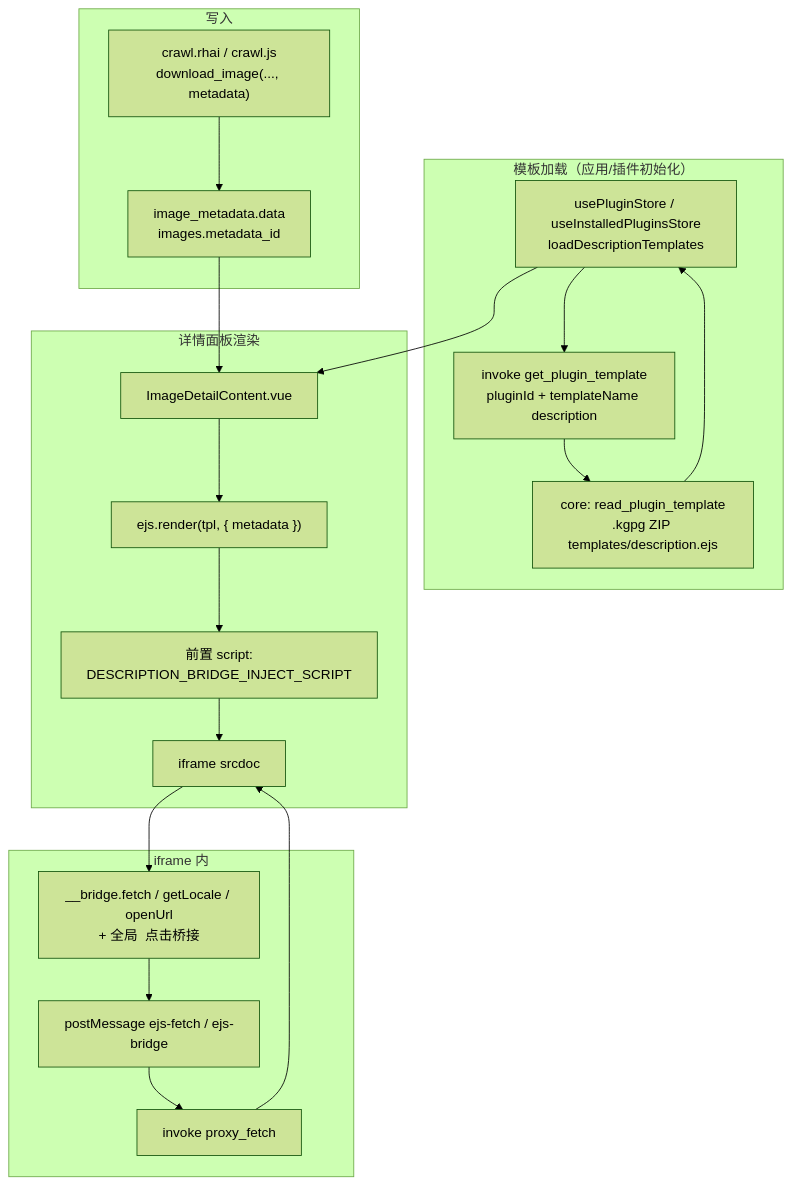
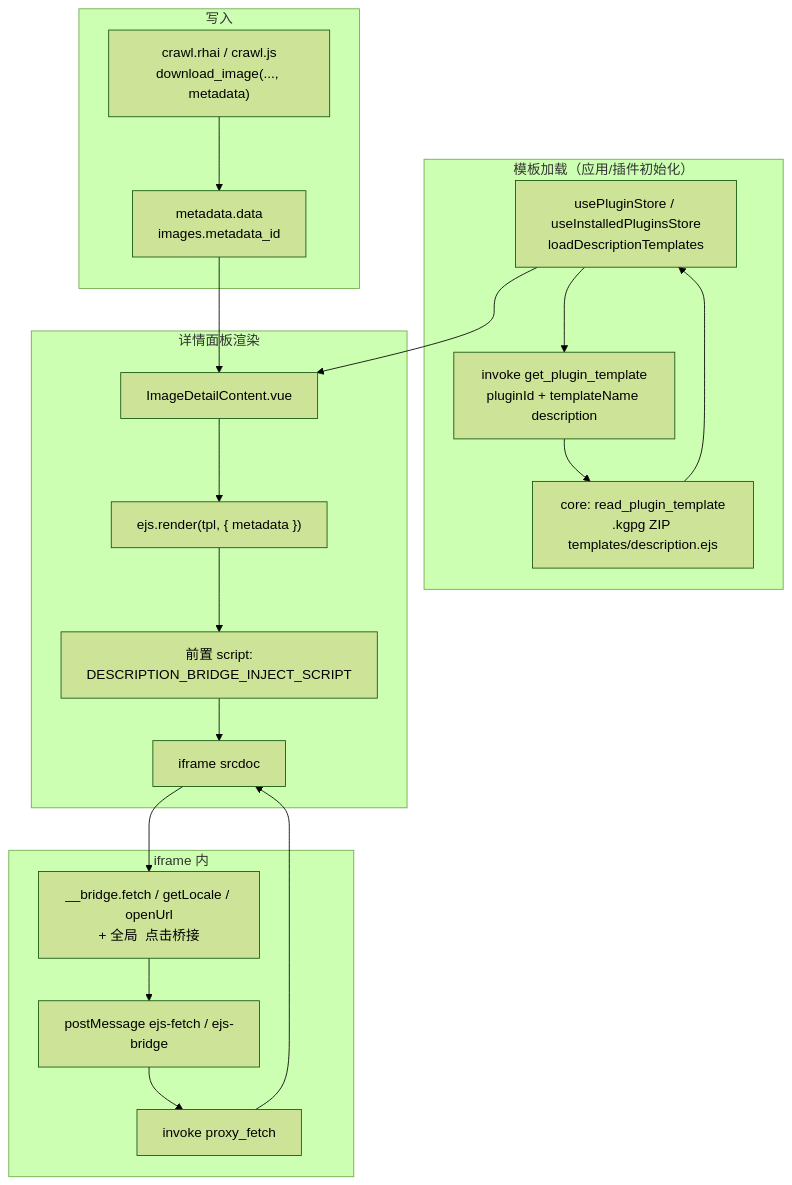
Before and after one commit to kabegame/kabegame: the diagram in cocs/plugins/PLUGIN_DESCRIPTION_TEMPLATE_BRIDGE.md, drawn with Mermaid (forest theme). The commit also changed other lines of this file and 233 other files, not shown here.

````diff
--- a/cocs/plugins/PLUGIN_DESCRIPTION_TEMPLATE_BRIDGE.md
+++ b/cocs/plugins/PLUGIN_DESCRIPTION_TEMPLATE_BRIDGE.md
@@ -7,31 +7,31 @@
 ```mermaid
 flowchart TD
   subgraph write ["写入"]
     crawl["crawl.rhai / crawl.js\ndownload_image(..., metadata)"]
-    db["image_metadata.data\nimages.metadata_id"]
+    db["metadata.data\nimages.metadata_id"]
   end
   subgraph load ["模板加载（应用/插件初始化）"]
     store["usePluginStore / useInstalledPluginsStore\nloadDescriptionTemplates"]
     cmd["invoke get_plugin_template\npluginId + templateName description"]
     zip["core: read_plugin_template\n.kgpg ZIP templates/description.ejs"]
   end
   subgraph render ["详情面板渲染"]
     detail["ImageDetailContent.vue"]
     ejs["ejs.render(tpl, { metadata })"]
     inject["前置 script:\nDESCRIPTION_BRIDGE_INJECT_SCRIPT"]
     iframe["iframe srcdoc"]
   end
   subgraph runtime ["iframe 内"]
     bridge["__bridge.fetch / getLocale / openUrl\n+ 全局 <a> 点击桥接"]
     pm["postMessage ejs-fetch / ejs-bridge"]
     proxy["invoke proxy_fetch"]
   end
   crawl --> db
   store --> cmd --> zip
   zip --> store
   db --> detail
   store --> detail
   detail --> ejs --> inject --> iframe
   iframe --> bridge --> pm --> proxy
   proxy --> iframe
 ```
````
